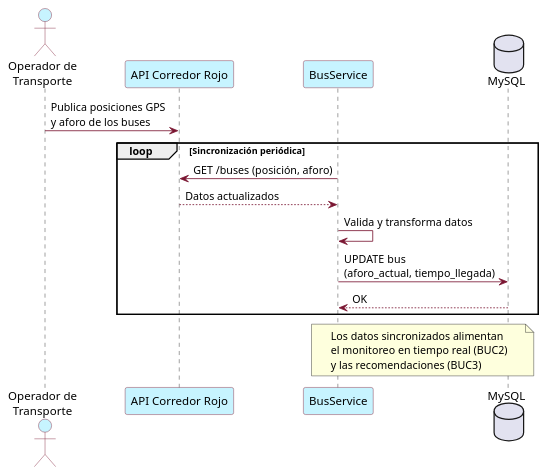
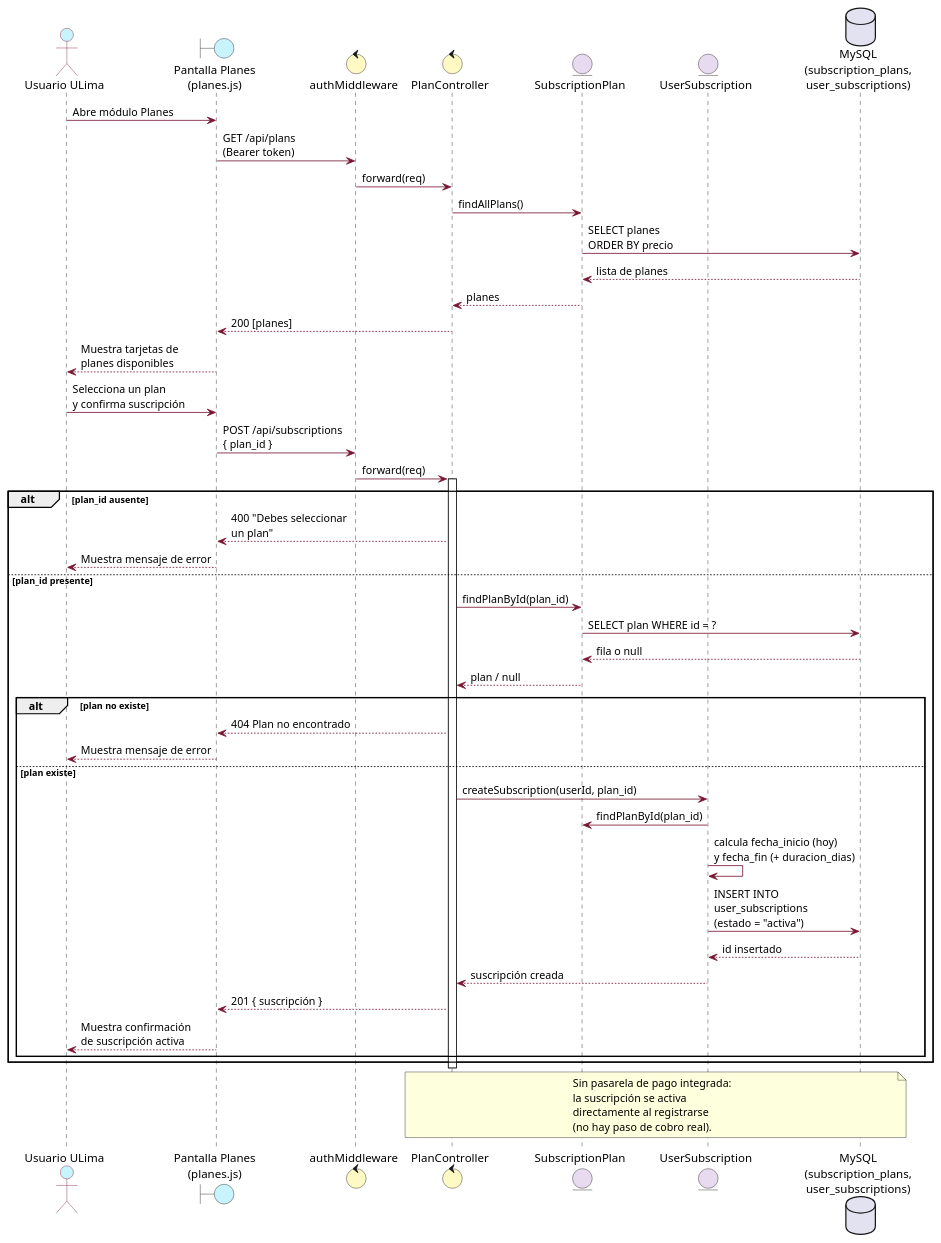
One commit to AndreCabrejos/diagramas-uml changed the diagram in secuencia/secuencia6.puml. Above: the diagram before and after it, drawn with PlantUML. The commit also changed 14 other files, not shown here.

```diff
--- a/secuencia/secuencia6.puml
+++ b/secuencia/secuencia6.puml
@@ -1,29 +1,67 @@
-@startuml "BUC6 - Proveer Datos de Rutas y Buses (Secuencia)"
+@startuml "Secuencia 6 - Consultar Planes y Suscribirse (HU-06) - Analisis de Robustez"
 skinparam ParticipantBackgroundColor #C7F4FF
 skinparam ParticipantBorderColor #7A1631
 skinparam ActorBackgroundColor #C7F4FF
 skinparam ActorBorderColor #7A1631
 skinparam ArrowColor #7A1631
 skinparam LifeLineBorderColor #7A1631
+skinparam BoundaryBackgroundColor #C7F4FF
+skinparam ControlBackgroundColor #FFF9C4
+skinparam EntityBackgroundColor #E8DAEF
 
-actor "Operador de\nTransporte" as Op
-participant "API Corredor Rojo" as API
-participant "BusService" as BS
-database "MySQL" as DB
+actor "Usuario ULima" as U
 
-Op -> API : Publica posiciones GPS\ny aforo de los buses
+boundary "Pantalla Planes\n(planes.js)" as UI
+control "authMiddleware" as MW
+control "PlanController" as CTRL
+entity "SubscriptionPlan" as E_Plan
+entity "UserSubscription" as E_Sub
+database "MySQL\n(subscription_plans,\nuser_subscriptions)" as DB
 
-loop Sincronización periódica
-  BS -> API : GET /buses (posición, aforo)
-  API --> BS : Datos actualizados
-  BS -> BS : Valida y transforma datos
-  BS -> DB : UPDATE bus\n(aforo_actual, tiempo_llegada)
-  DB --> BS : OK
+U -> UI : Abre módulo Planes
+UI -> MW : GET /api/plans\n(Bearer token)
+MW -> CTRL : forward(req)
+CTRL -> E_Plan : findAllPlans()
+E_Plan -> DB : SELECT planes\nORDER BY precio
+DB --> E_Plan : lista de planes
+E_Plan --> CTRL : planes
+CTRL --> UI : 200 [planes]
+UI --> U : Muestra tarjetas de\nplanes disponibles
+
+U -> UI : Selecciona un plan\ny confirma suscripción
+UI -> MW : POST /api/subscriptions\n{ plan_id }
+MW -> CTRL : forward(req)
+activate CTRL
+
+alt plan_id ausente
+  CTRL --> UI : 400 "Debes seleccionar\nun plan"
+  UI --> U : Muestra mensaje de error
+else plan_id presente
+  CTRL -> E_Plan : findPlanById(plan_id)
+  E_Plan -> DB : SELECT plan WHERE id = ?
+  DB --> E_Plan : fila o null
+  E_Plan --> CTRL : plan / null
+
+  alt plan no existe
+    CTRL --> UI : 404 Plan no encontrado
+    UI --> U : Muestra mensaje de error
+  else plan existe
+    CTRL -> E_Sub : createSubscription(userId, plan_id)
+    E_Sub -> E_Plan : findPlanById(plan_id)
+    E_Sub -> E_Sub : calcula fecha_inicio (hoy)\ny fecha_fin (+ duracion_dias)
+    E_Sub -> DB : INSERT INTO\nuser_subscriptions\n(estado = "activa")
+    DB --> E_Sub : id insertado
+    E_Sub --> CTRL : suscripción creada
+    CTRL --> UI : 201 { suscripción }
+    UI --> U : Muestra confirmación\nde suscripción activa
+  end
 end
+deactivate CTRL
 
-note over BS, DB
-  Los datos sincronizados alimentan
-  el monitoreo en tiempo real (BUC2)
-  y las recomendaciones (BUC3)
+note over CTRL, DB
+  Sin pasarela de pago integrada:
+  la suscripción se activa
+  directamente al registrarse
+  (no hay paso de cobro real).
 end note
 @enduml
```
